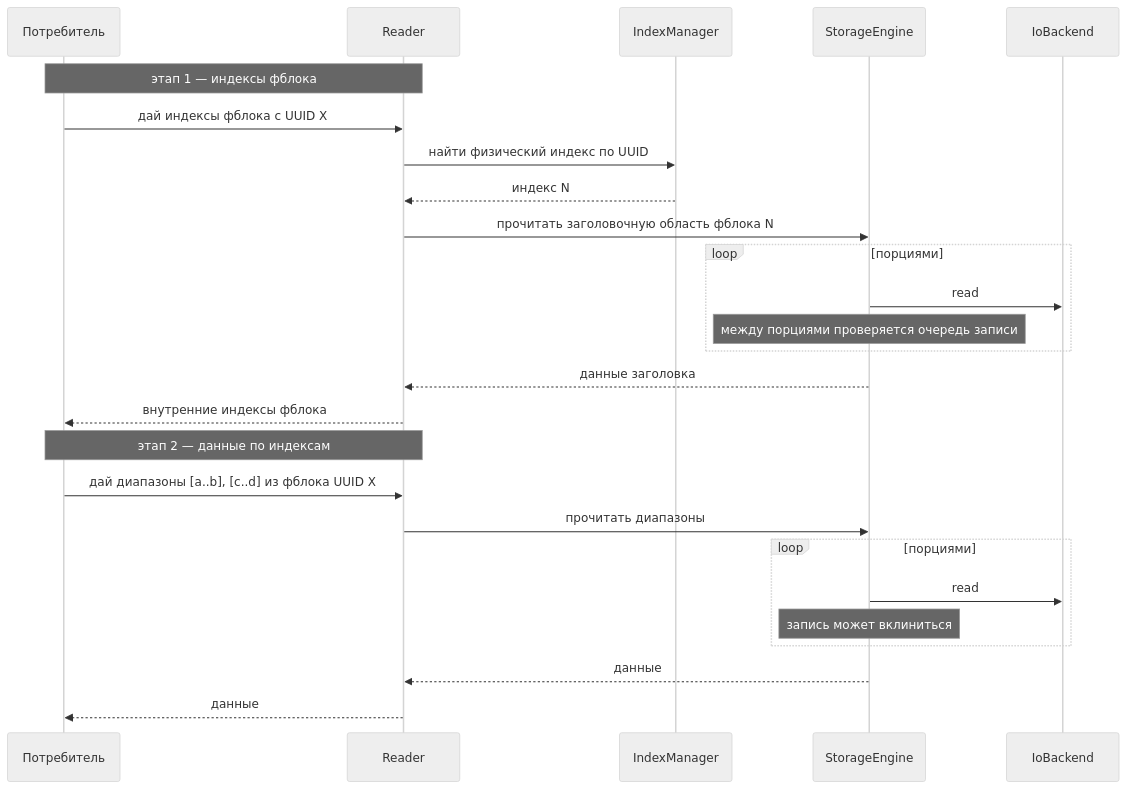
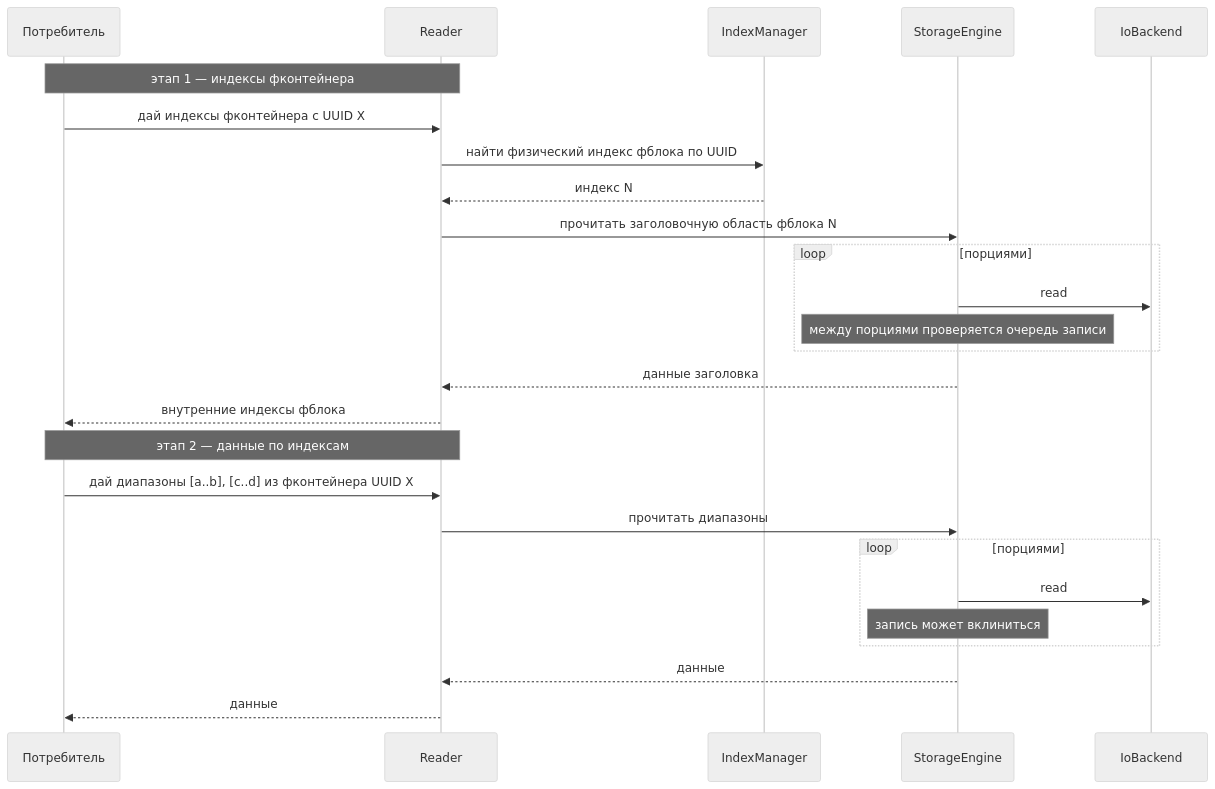
Before and after one commit to traycers/farc: the fifth of 5 diagrams in docs/docs/archive/01-storage.md, drawn with Mermaid (neutral theme). The commit also changed other lines of this file and 7 other files, not shown here.

````diff
--- a/docs/docs/archive/01-storage.md
+++ b/docs/docs/archive/01-storage.md
@@ -358,30 +359,30 @@
 ```mermaid
 sequenceDiagram
     participant C as Потребитель
     participant R as Reader
     participant IM as IndexManager
     participant SE as StorageEngine
     participant IO as IoBackend
 
-    Note over C,R: этап 1 — индексы фблока
-    C->>R: дай индексы фблока с UUID X
-    R->>IM: найти физический индекс по UUID
+    Note over C,R: этап 1 — индексы фконтейнера
+    C->>R: дай индексы фконтейнера с UUID X
+    R->>IM: найти физический индекс фблока по UUID
     IM-->>R: индекс N
     R->>SE: прочитать заголовочную область фблока N
     loop порциями
         SE->>IO: read
         Note over SE: между порциями проверяется очередь записи
     end
     SE-->>R: данные заголовка
     R-->>C: внутренние индексы фблока
 
     Note over C,R: этап 2 — данные по индексам
-    C->>R: дай диапазоны [a..b], [c..d] из фблока UUID X
+    C->>R: дай диапазоны [a..b], [c..d] из фконтейнера UUID X
     R->>SE: прочитать диапазоны
     loop порциями
         SE->>IO: read
         Note over SE: запись может вклиниться
     end
     SE-->>R: данные
     R-->>C: данные
 ```
````
